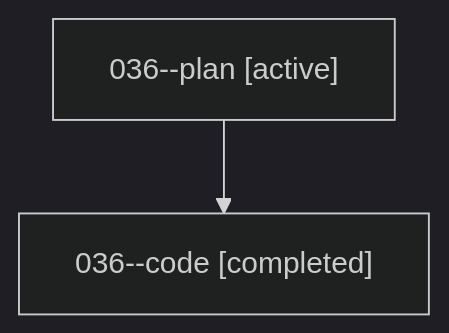
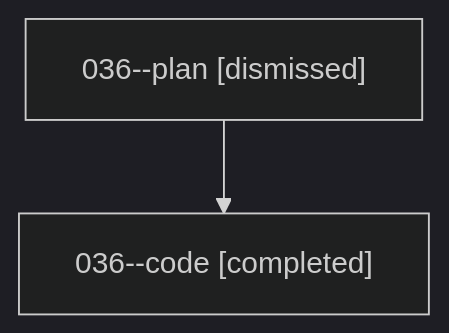
One commit to sase-org/sase--agents changed the diagram in sessions/bbugyi200.athena.036.md. Above: the diagram before and after it, drawn with Mermaid (dark theme). The commit also changed other lines of this file and 36 other files, not shown here.

````diff
--- a/sessions/bbugyi200.athena.036.md
+++ b/sessions/bbugyi200.athena.036.md
@@ -9,6 +9,6 @@
 ```mermaid
 flowchart TD
-  n0["036--plan [active]"]
+  n0["036--plan [dismissed]"]
   n1["036--code [completed]"]
   n0 --> n1
 ```
````
